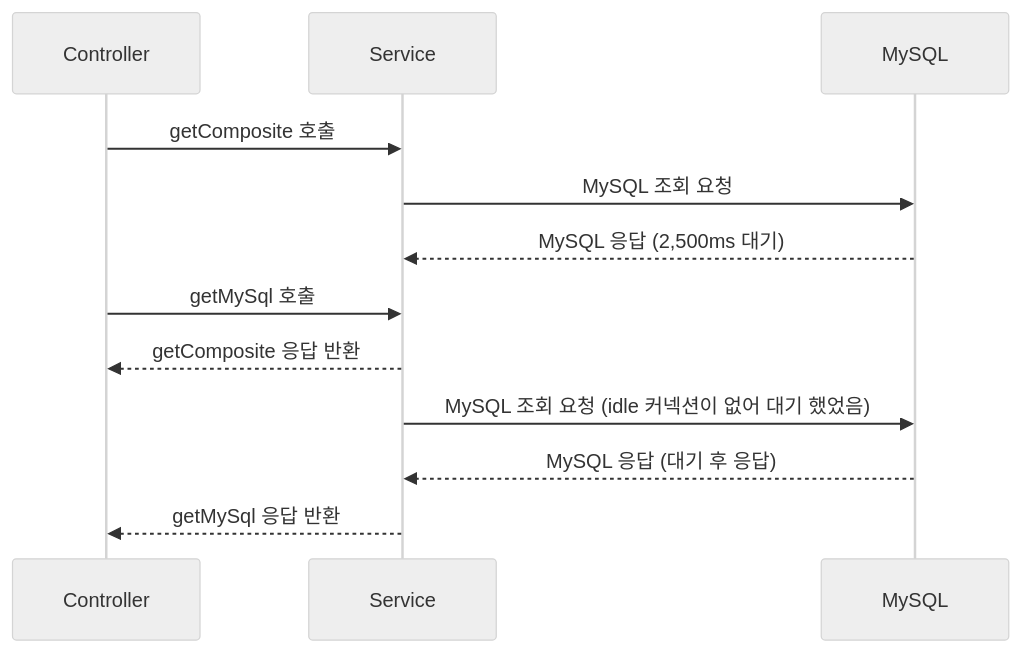
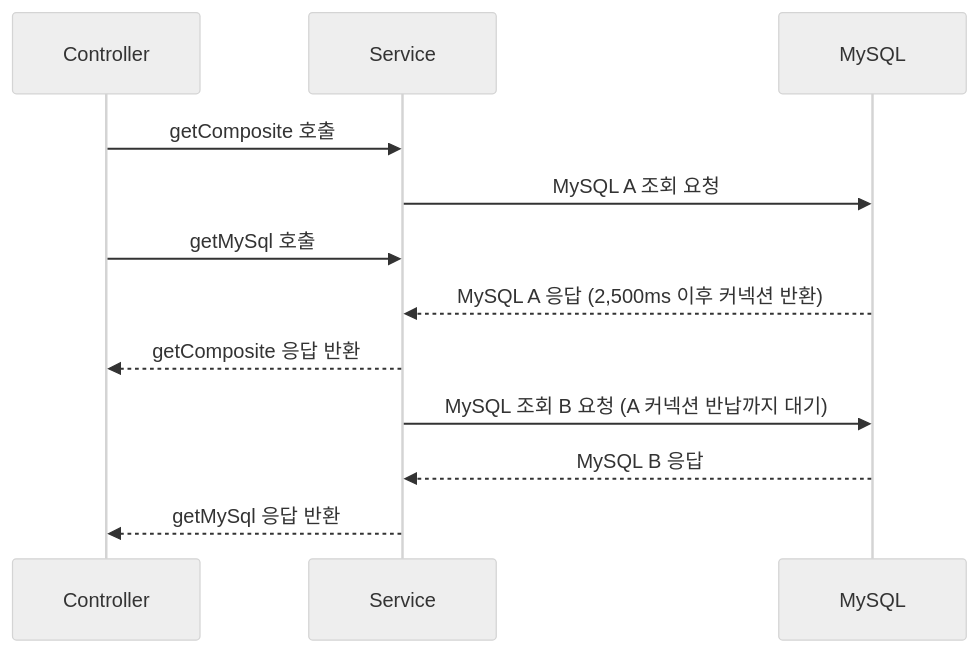
The third of 4 diagrams in redis/redis-lettuce-connection-pool.md (cheese10yun/blog-sample), drawn with Mermaid (neutral theme) before and after one commit. The commit also changed other lines of this file, not shown here.

````diff
--- a/redis/redis-lettuce-connection-pool.md
+++ b/redis/redis-lettuce-connection-pool.md
@@ -157,14 +156,14 @@
 ```mermaid
 sequenceDiagram
     participant Controller
     participant Service
     participant MySQL
     Controller ->> Service: getComposite 호출
-    Service ->> MySQL: MySQL 조회 요청
-    MySQL -->> Service: MySQL 응답 (2,500ms 대기)
+    Service ->> MySQL: MySQL A 조회 요청
     Controller ->> Service: getMySql 호출
+    MySQL -->> Service: MySQL A 응답 (2,500ms 이후 커넥션 반환)
     Service -->> Controller: getComposite 응답 반환
-    Service ->> MySQL: MySQL 조회 요청 (idle 커넥션이 없어 대기 했었음)
-    MySQL -->> Service: MySQL 응답 (대기 후 응답)
+    Service ->> MySQL: MySQL 조회 B 요청 (A 커넥션 반납까지 대기)
+    MySQL -->> Service: MySQL B 응답
     Service -->> Controller: getMySql 응답 반환
 ```
````
